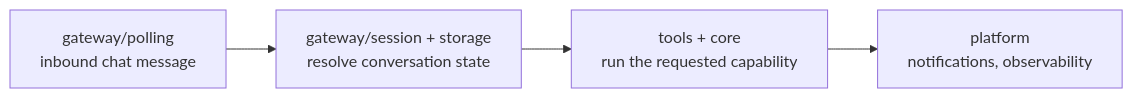
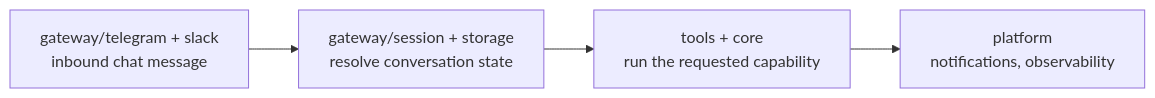
One commit to Tracer-Cloud/open-sre-agent changed the third of 3 diagrams in docs/ARCHITECTURE.md. Above: the diagram before and after it, drawn with Mermaid. The commit also changed other lines of this file and 136 other files, not shown here.

````diff
--- a/docs/ARCHITECTURE.md
+++ b/docs/ARCHITECTURE.md
@@ -170,6 +170,6 @@
 ```mermaid
 flowchart LR
-    A["gateway/polling\n inbound chat message"] --> B["gateway/session + storage\n resolve conversation state"]
+    A["gateway/telegram + slack\n inbound chat message"] --> B["gateway/session + storage\n resolve conversation state"]
     B --> C["tools + core\n run the requested capability"]
     C --> D["platform\n notifications, observability"]
 ```
````
